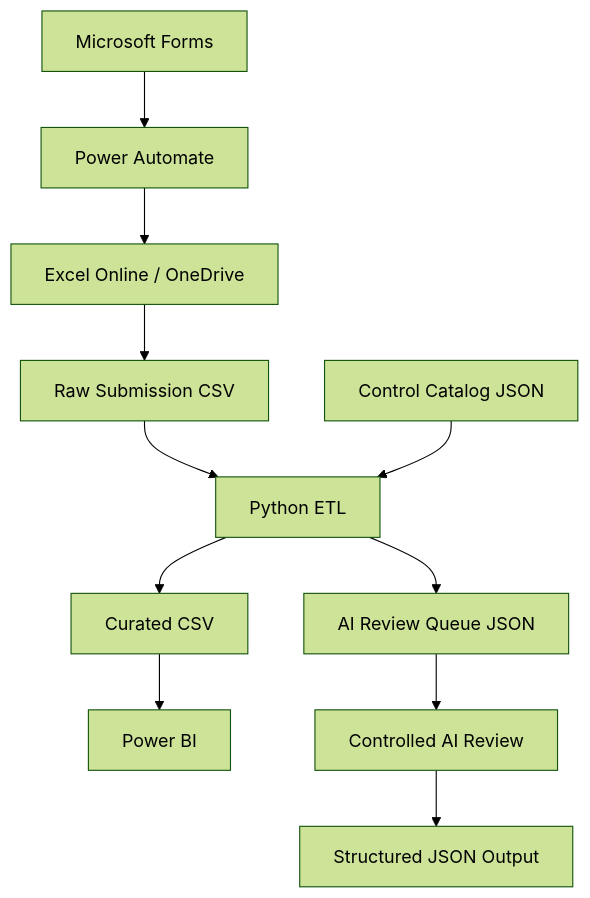
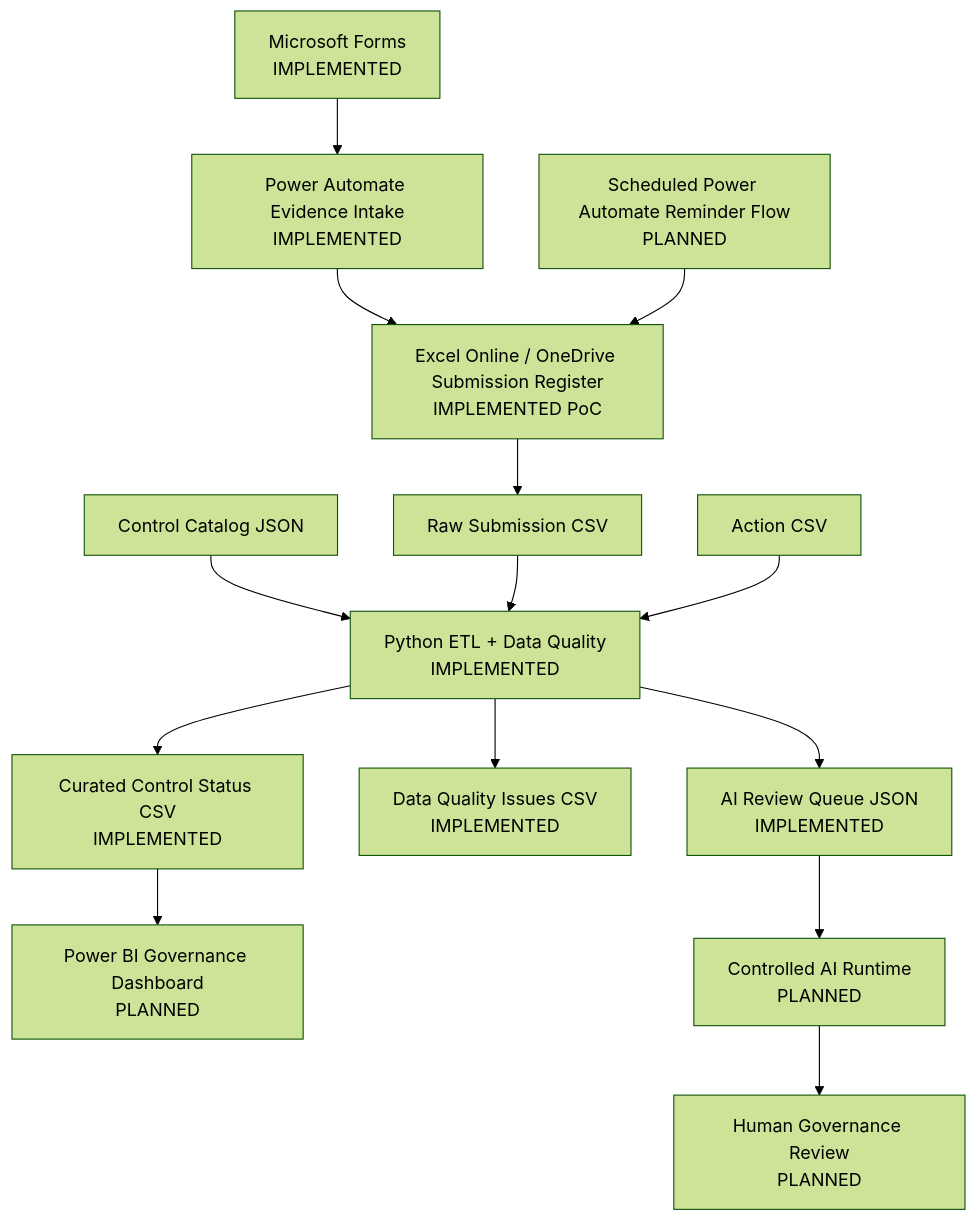
Before and after one commit to gw-ai-security/cyber-governance-automation-lab: the first of 4 diagrams in docs/architecture.md, drawn with Mermaid (forest theme). The commit also changed other lines of this file and 11 other files, not shown here.

Commit message:
docs: document Phase 5 Power Automate evidence intake

````diff
--- a/docs/architecture.md
+++ b/docs/architecture.md
@@ -11,13 +11,16 @@
 ```mermaid
 flowchart TD
-    A[Microsoft Forms] --> B[Power Automate]
-    B --> C[Excel Online / OneDrive]
+    A[Microsoft Forms<br/>IMPLEMENTED] --> B[Power Automate Evidence Intake<br/>IMPLEMENTED]
+    B --> C[Excel Online / OneDrive Submission Register<br/>IMPLEMENTED PoC]
     C --> D[Raw Submission CSV]
-    D --> F[Python ETL]
-    E[Control Catalog JSON] --> F
-    F --> G[Curated CSV]
-    G --> H[Power BI]
-    F --> I[AI Review Queue JSON]
-    I --> J[Controlled AI Review]
-    J --> K[Structured JSON Output]
+    E[Control Catalog JSON] --> F[Python ETL + Data Quality<br/>IMPLEMENTED]
+    D --> F
+    G[Action CSV] --> F
+    F --> H[Curated Control Status CSV<br/>IMPLEMENTED]
+    F --> I[Data Quality Issues CSV<br/>IMPLEMENTED]
+    F --> J[AI Review Queue JSON<br/>IMPLEMENTED]
+    H --> K[Power BI Governance Dashboard<br/>PLANNED]
+    J --> L[Controlled AI Runtime<br/>PLANNED]
+    L --> M[Human Governance Review<br/>PLANNED]
+    N[Scheduled Power Automate Reminder Flow<br/>PLANNED] --> C
 ```
````
